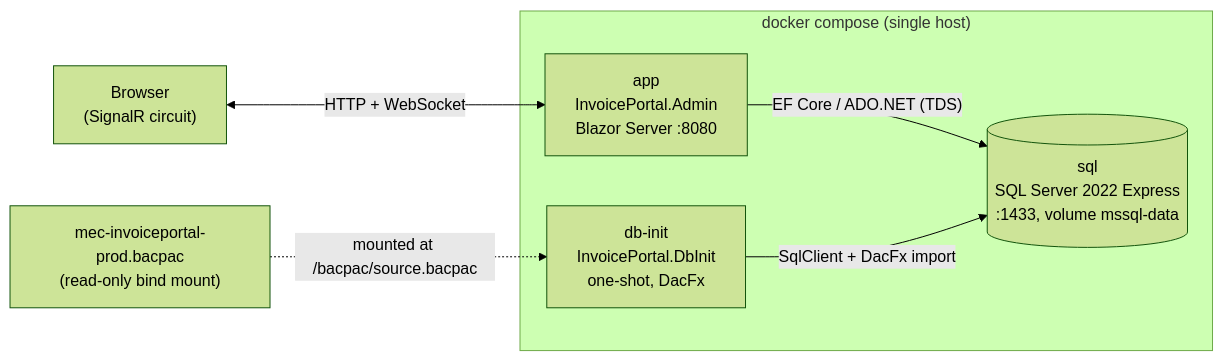
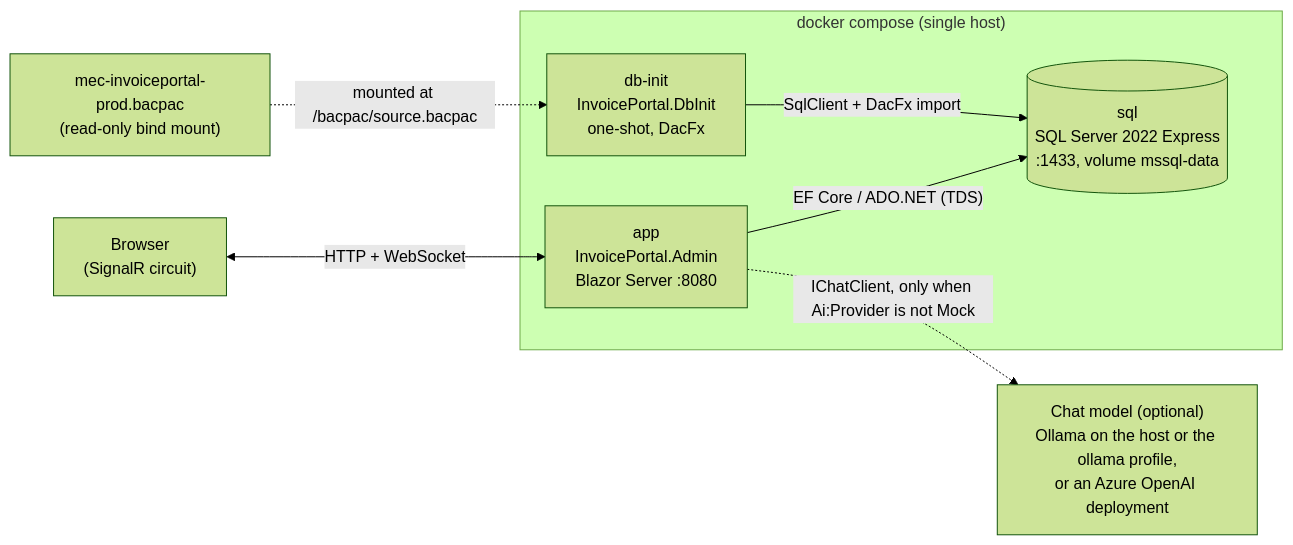
Before and after one commit to KevinRaffay/InvoicePortal: the first of 8 diagrams in ARCHITECTURE.md, drawn with Mermaid (forest theme). The commit also changed other lines of this file and 39 other files, not shown here.

````diff
--- a/ARCHITECTURE.md
+++ b/ARCHITECTURE.md
@@ -21,15 +26,17 @@
 ```mermaid
 flowchart LR
     Browser["Browser<br/>(SignalR circuit)"]
     subgraph compose["docker compose (single host)"]
         App["app<br/>InvoicePortal.Admin<br/>Blazor Server :8080"]
         Sql[("sql<br/>SQL Server 2022 Express<br/>:1433, volume mssql-data")]
         Init["db-init<br/>InvoicePortal.DbInit<br/>one-shot, DacFx"]
     end
     Bacpac["mec-invoiceportal-prod.bacpac<br/>(read-only bind mount)"]
+    Model["Chat model (optional)<br/>Ollama on the host or the ollama profile,<br/>or an Azure OpenAI deployment"]
 
     Browser <-->|"HTTP + WebSocket"| App
     App -->|"EF Core / ADO.NET (TDS)"| Sql
+    App -.->|"IChatClient, only when Ai:Provider is not Mock"| Model
     Init -->|"SqlClient + DacFx import"| Sql
     Bacpac -.->|"mounted at /bacpac/source.bacpac"| Init
 ```
````
